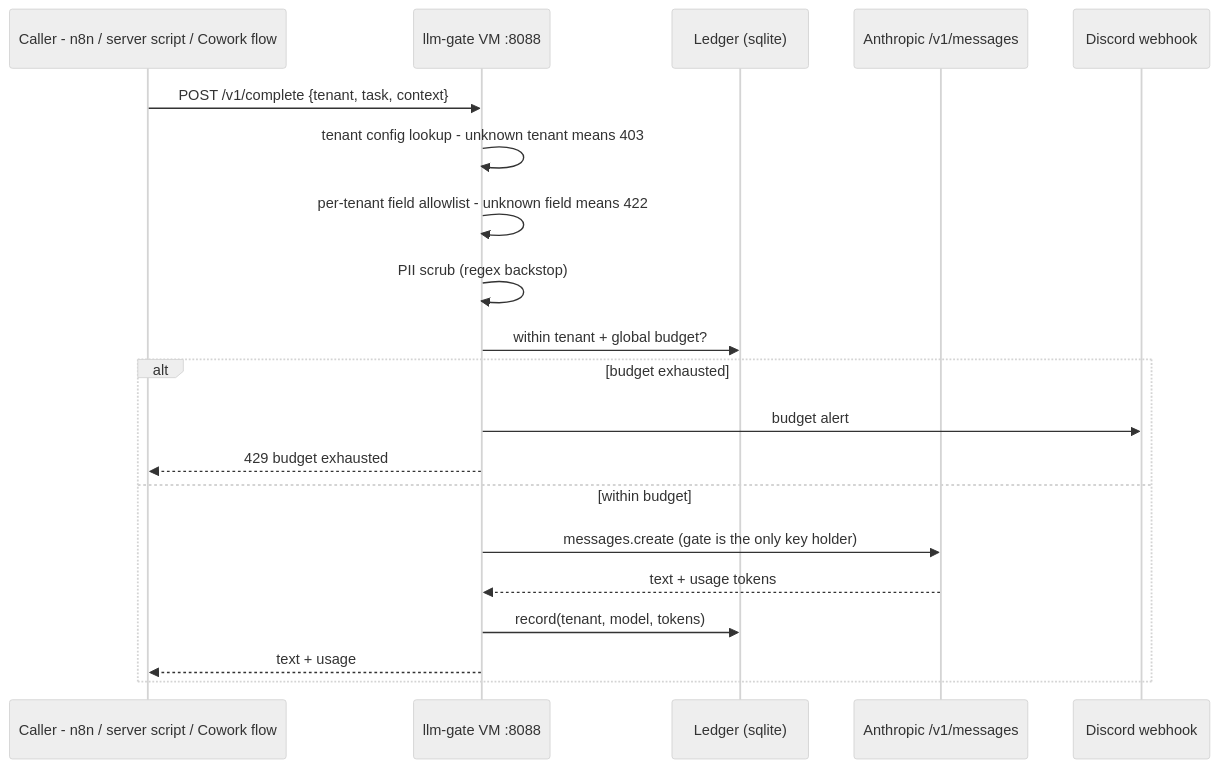
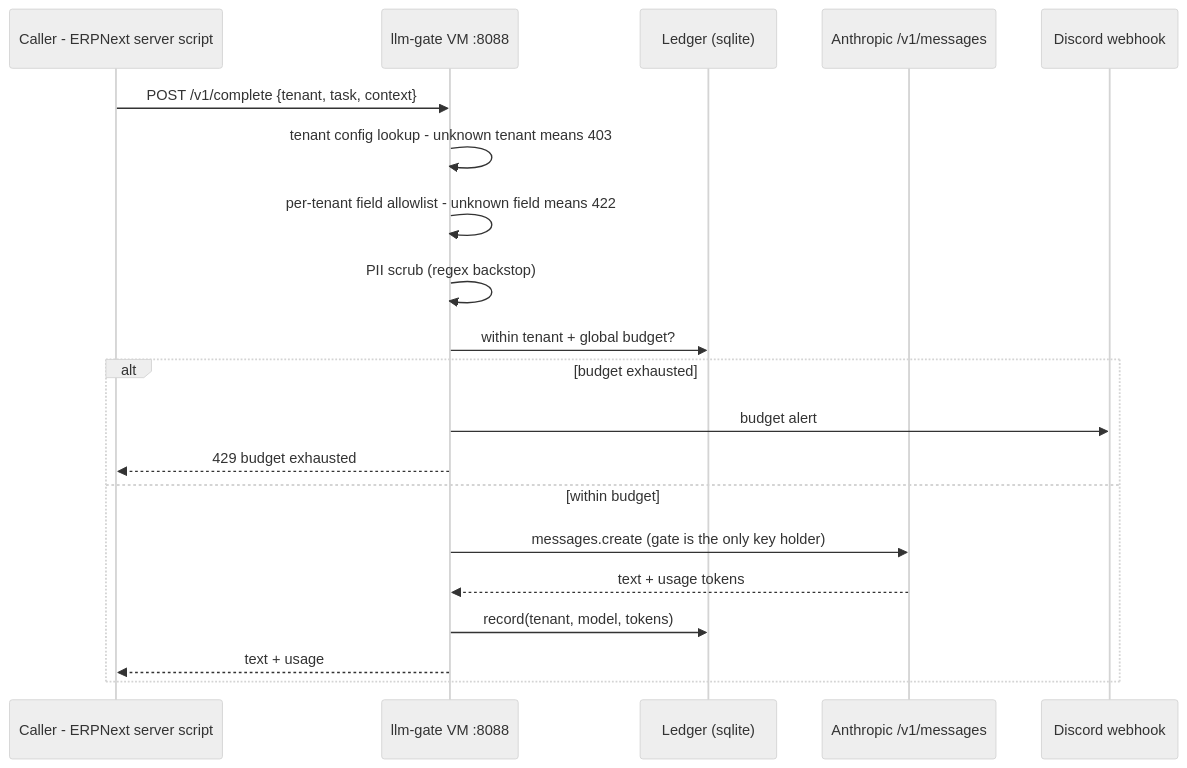
The fourth of 4 diagrams in plan/archive/development/ERPNEXT-DEPLOYMENT.md (uhstray-io/agent-cloud), drawn with Mermaid (neutral theme) before and after one commit. The commit also changed other lines of this file and 29 other files, not shown here.

````diff
--- a/plan/archive/development/ERPNEXT-DEPLOYMENT.md
+++ b/plan/archive/development/ERPNEXT-DEPLOYMENT.md
@@ -1228,23 +1225,23 @@
 ```mermaid
 sequenceDiagram
-    participant C as Caller - n8n / server script / Cowork flow
+    participant C as Caller - ERPNext server script
     participant G as llm-gate VM :8088
     participant L as Ledger (sqlite)
     participant A as Anthropic /v1/messages
     participant D as Discord webhook
 
     C->>G: POST /v1/complete {tenant, task, context}
     G->>G: tenant config lookup - unknown tenant means 403
     G->>G: per-tenant field allowlist - unknown field means 422
     G->>G: PII scrub (regex backstop)
     G->>L: within tenant + global budget?
     alt budget exhausted
         G->>D: budget alert
         G-->>C: 429 budget exhausted
     else within budget
         G->>A: messages.create (gate is the only key holder)
         A-->>G: text + usage tokens
         G->>L: record(tenant, model, tokens)
         G-->>C: text + usage
     end
 ```
````
